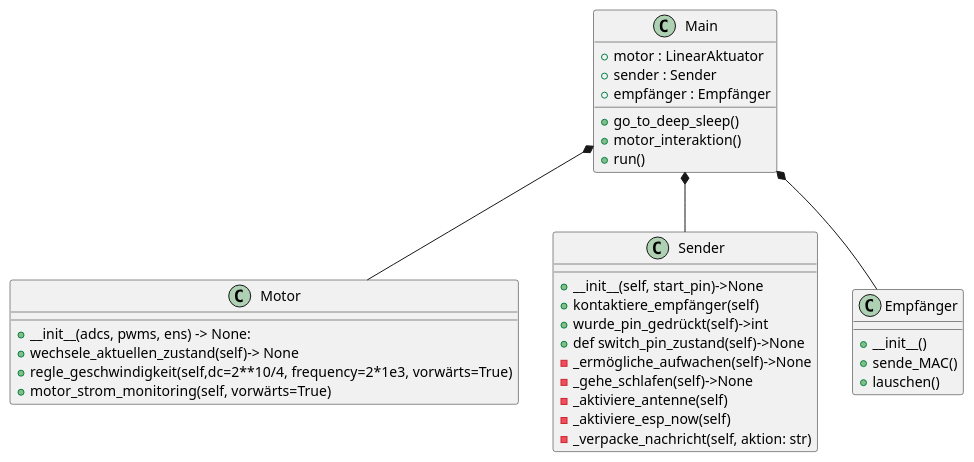
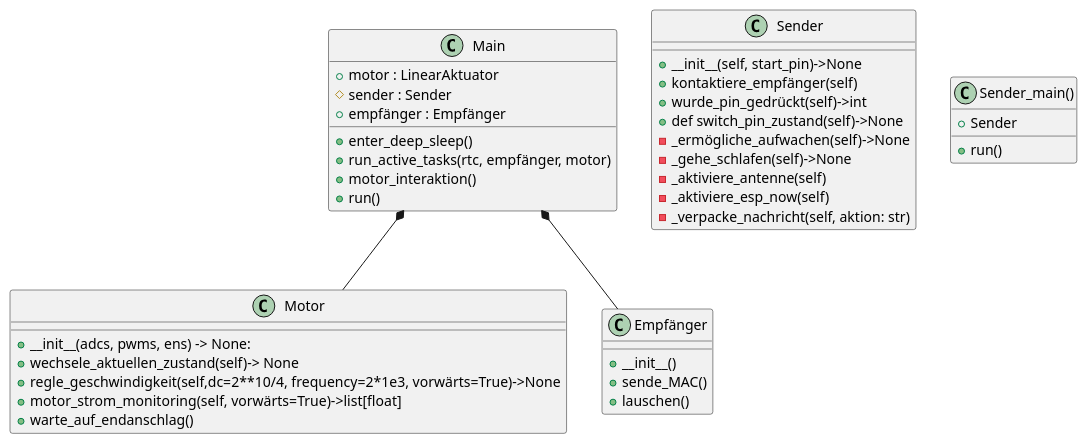
The diagram in classen_übersicht.puml (jrlk000/magic_box), drawn with PlantUML before and after one commit. The commit also changed 6 other files, not shown here.

```diff
--- a/classen_übersicht.puml
+++ b/classen_übersicht.puml
@@ -1,41 +1,47 @@
 @startuml
 
 class Motor{
 +__init__(adcs, pwms, ens) -> None:
 +wechsele_aktuellen_zustand(self)-> None
-+regle_geschwindigkeit(self,dc=2**10/4, frequency=2*1e3, vorwärts=True)
-+motor_strom_monitoring(self, vorwärts=True)
++regle_geschwindigkeit(self,dc=2**10/4, frequency=2*1e3, vorwärts=True)->None
++motor_strom_monitoring(self, vorwärts=True)->list[float]
++warte_auf_endanschlag()
 }
 
 class Sender{
 +__init__(self, start_pin)->None
 +kontaktiere_empfänger(self)
 +wurde_pin_gedrückt(self)->int
 +def switch_pin_zustand(self)->None
 -_ermögliche_aufwachen(self)->None
 -_gehe_schlafen(self)->None
 -_aktiviere_antenne(self)
 -_aktiviere_esp_now(self)
 -_verpacke_nachricht(self, aktion: str)
 }
 
+class Sender_main(){
++Sender
++run()
+}
+
 class Empfänger{
 +__init__()
 +sende_MAC()
 +lauschen()
 }
 
 class Main{
 +motor : LinearAktuator
-+sender : Sender
+#sender : Sender
 +empfänger : Empfänger
 
-+go_to_deep_sleep()
++enter_deep_sleep()
++run_active_tasks(rtc, empfänger, motor)
 +motor_interaktion()
 +run()
 }
 
 Main *-- Motor
-Main *-- Sender
 Main *-- Empfänger
 @enduml
```
